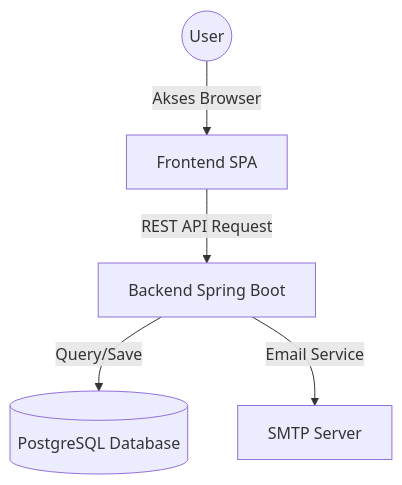
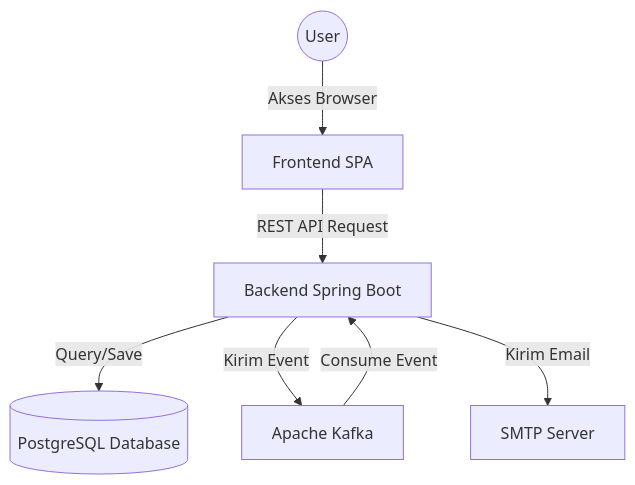
One commit to aanmahmudi/Fullstack-Laundry changed the first of 2 diagrams in README.md. Above: the diagram before and after it, drawn with Mermaid. The commit also changed other lines of this file and 30 other files, not shown here.

````diff
--- a/README.md
+++ b/README.md
@@ -22,7 +23,9 @@
 ```mermaid
 graph TD
     User((User)) -->|Akses Browser| FE[Frontend SPA]
     FE -->|REST API Request| BE[Backend Spring Boot]
     BE -->|Query/Save| DB[(PostgreSQL Database)]
-    BE -->|Email Service| SMTP[SMTP Server]
+    BE -->|Kirim Event| K[Apache Kafka]
+    K -->|Consume Event| BE[Backend Spring Boot]
+    BE -->|Kirim Email| SMTP[SMTP Server]
 ```
````
